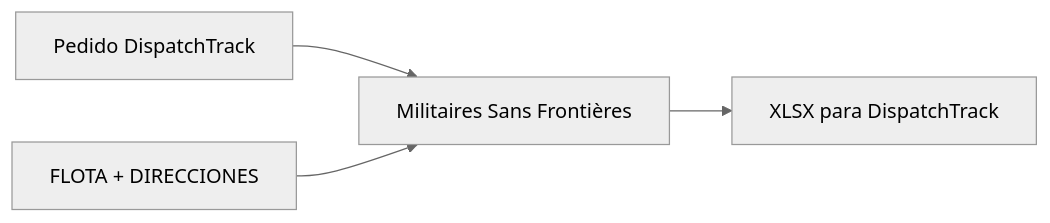
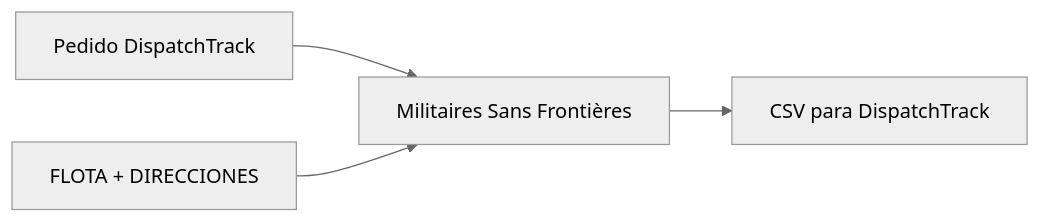
Before and after one commit to bryanzuniga-rappi/MOTHER_BASE: the sixth of 7 diagrams in README_ES.md, drawn with Mermaid (neutral theme). The commit also changed other lines of this file and 3 other files, not shown here.

````diff
--- a/README_ES.md
+++ b/README_ES.md
@@ -553,6 +553,6 @@
 ```mermaid
 flowchart LR
     A["Pedido DispatchTrack"] --> C["Militaires Sans Frontières"]
     B["FLOTA + DIRECCIONES"] --> C
-    C --> D["XLSX para DispatchTrack"]
+    C --> D["CSV para DispatchTrack"]
 ```
````
